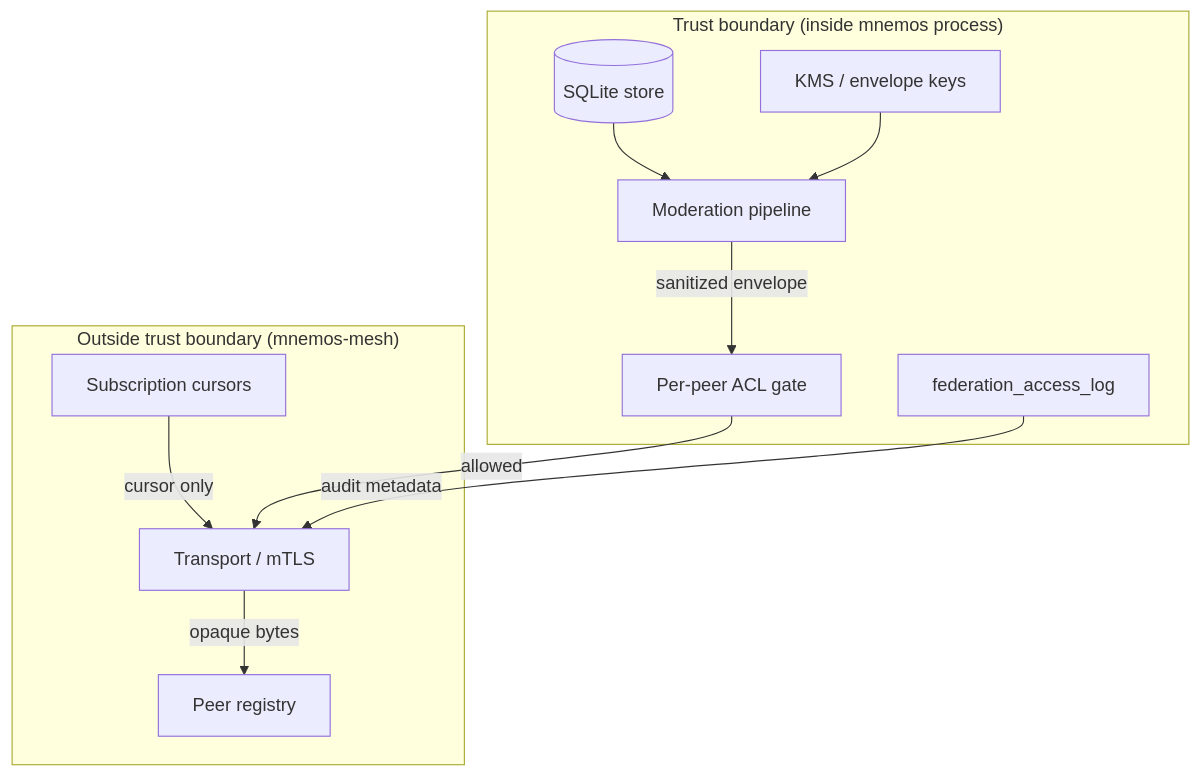
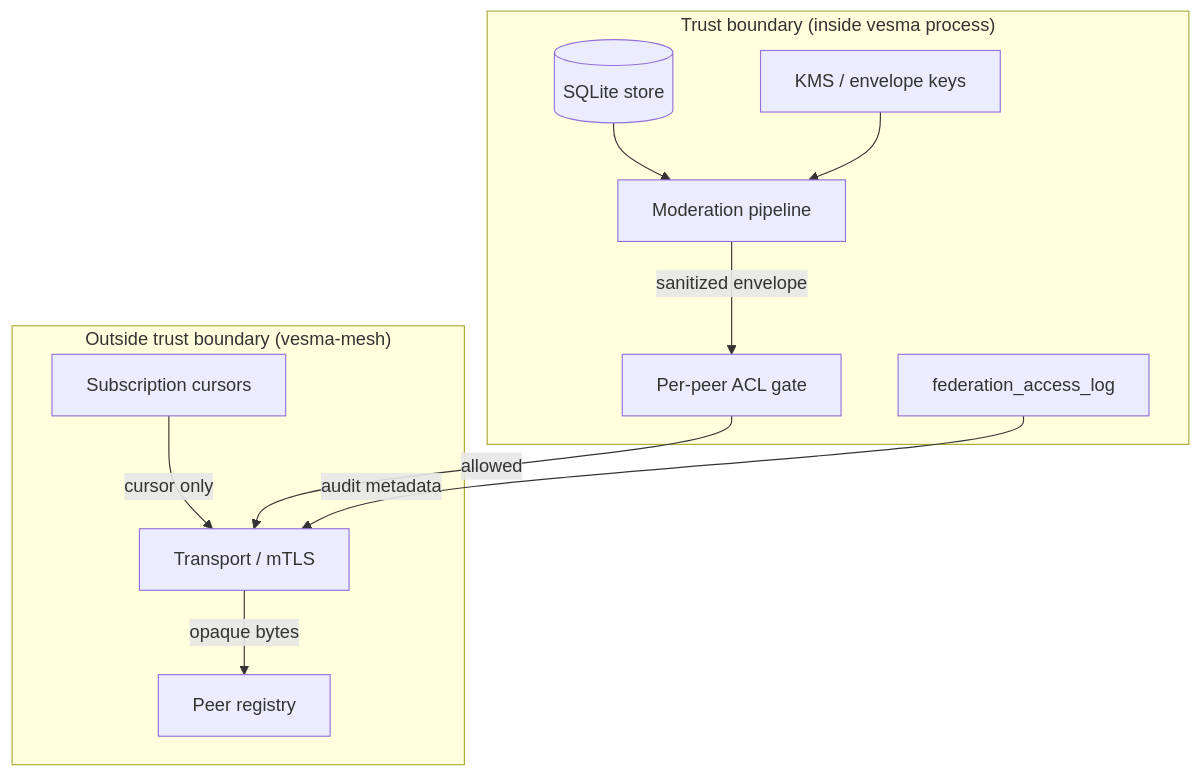
The first of 2 diagrams in viewer/src/features/docs/content/upstream/mnemos-mesh/en/admin/security.md (vesmaro/vesma-eyes), drawn with Mermaid before and after one commit. The commit also changed other lines of this file and 76 other files, not shown here.

````diff
--- a/viewer/src/features/docs/content/upstream/mnemos-mesh/en/admin/security.md
+++ b/viewer/src/features/docs/content/upstream/mnemos-mesh/en/admin/security.md
@@ -33,22 +33,22 @@
 ```mermaid
 flowchart TB
-    subgraph TRUST["Trust boundary (inside mnemos process)"]
+    subgraph TRUST["Trust boundary (inside vesma process)"]
         STORE[(SQLite store)]
         KMS[KMS / envelope keys]
         MOD[Moderation pipeline]
         ACL[Per-peer ACL gate]
         ACCESSLOG[federation_access_log]
     end
-    subgraph OUT["Outside trust boundary (mnemos-mesh)"]
+    subgraph OUT["Outside trust boundary (vesma-mesh)"]
         PEERREG[Peer registry]
         TRANS[Transport / mTLS]
         SUB[Subscription cursors]
     end
     STORE --> MOD
     KMS --> MOD
     MOD -->|sanitized envelope| ACL
     ACL -->|allowed| TRANS
     TRANS -->|opaque bytes| PEERREG
     SUB -->|cursor only| TRANS
     ACCESSLOG -->|audit metadata| TRANS
 ```
````
